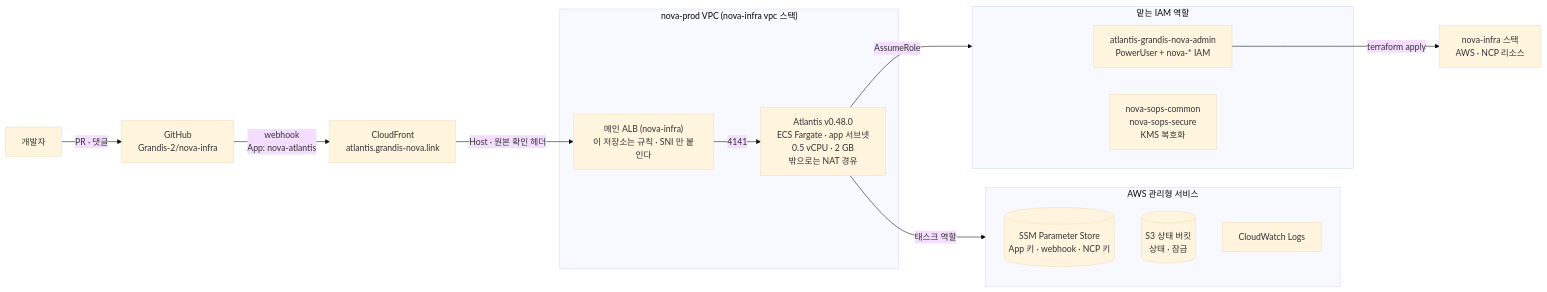
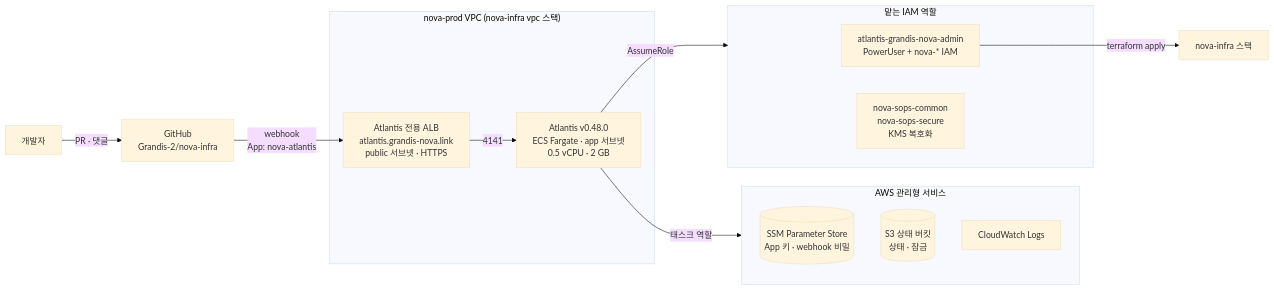
One commit to Grandis-2/atlantis-deploy changed the first of 2 diagrams in README.md. Above: the diagram before and after it, drawn with Mermaid (base theme). The commit also changed other lines of this file, not shown here.

Commit message:
docs: README 를 목표 구조(전용 ALB) 기준으로 다시 쓴다

````diff
--- a/README.md
+++ b/README.md
@@ -9,27 +19,26 @@
 ```mermaid
 flowchart LR
   dev["개발자"] -- "PR · 댓글" --> gh["GitHub<br/>Grandis-2/nova-infra"]
-  gh -- "webhook<br/>App: nova-atlantis" --> cf["CloudFront<br/>atlantis.grandis-nova.link"]
-  cf -- "Host · 원본 확인 헤더" --> alb
+  gh -- "webhook<br/>App: nova-atlantis" --> alb
 
   subgraph vpc["nova-prod VPC (nova-infra vpc 스택)"]
-    alb["메인 ALB (nova-infra)<br/>이 저장소는 규칙 · SNI 만 붙인다"]
-    task["Atlantis v0.48.0<br/>ECS Fargate · app 서브넷<br/>0.5 vCPU · 2 GB<br/>밖으로는 NAT 경유"]
+    alb["Atlantis 전용 ALB<br/>atlantis.grandis-nova.link<br/>public 서브넷 · HTTPS"]
+    task["Atlantis v0.48.0<br/>ECS Fargate · app 서브넷<br/>0.5 vCPU · 2 GB"]
     alb -- "4141" --> task
   end
 
   subgraph managed["AWS 관리형 서비스"]
-    ssm[("SSM Parameter Store<br/>App 키 · webhook · NCP 키")]
+    ssm[("SSM Parameter Store<br/>App 키 · webhook 비밀")]
     state[("S3 상태 버킷<br/>상태 · 잠금")]
     logs["CloudWatch Logs"]
   end
 
   subgraph roles["맡는 IAM 역할"]
     admin["atlantis-grandis-nova-admin<br/>PowerUser + nova-* IAM"]
     sops["nova-sops-common<br/>nova-sops-secure<br/>KMS 복호화"]
   end
 
   task -- "태스크 역할" --> managed
   task -- "AssumeRole" --> roles
-  admin -- "terraform apply" --> infra["nova-infra 스택<br/>AWS · NCP 리소스"]
+  admin -- "terraform apply" --> infra["nova-infra 스택"]
 ```
````
